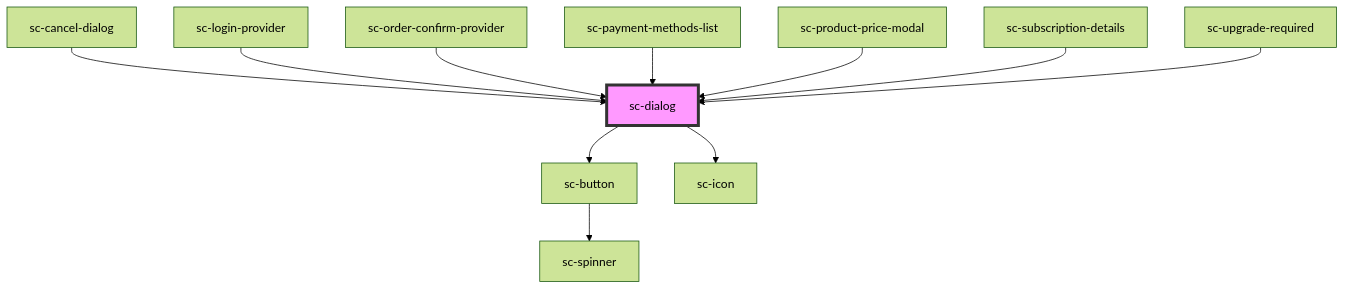
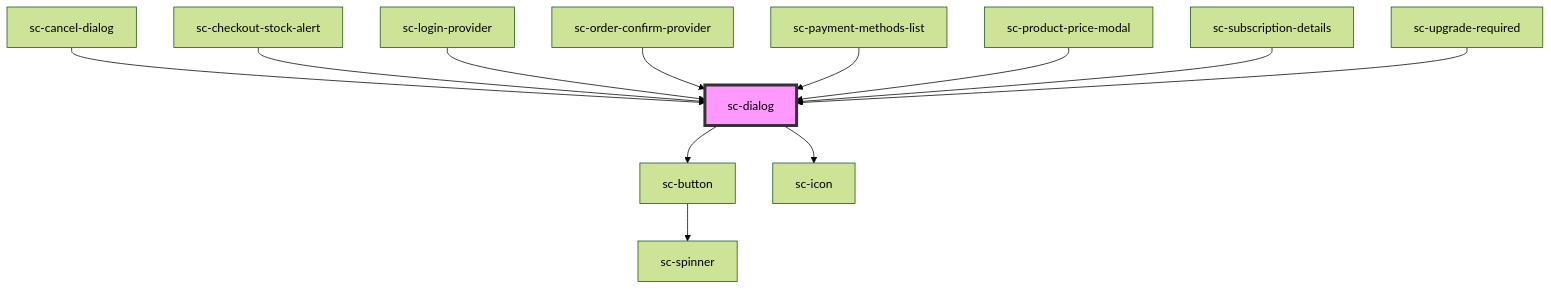
The diagram in packages/components/src/components/ui/sc-dialog/readme.md (surecart/surecart-wp-plugin), drawn with Mermaid (forest theme) before and after one commit. The commit also changed other lines of this file and 34 other files, not shown here.

````diff
--- a/packages/components/src/components/ui/sc-dialog/readme.md
+++ b/packages/components/src/components/ui/sc-dialog/readme.md
@@ -61,14 +62,15 @@
 ```mermaid
 graph TD;
   sc-dialog --> sc-button
   sc-dialog --> sc-icon
   sc-button --> sc-spinner
   sc-cancel-dialog --> sc-dialog
+  sc-checkout-stock-alert --> sc-dialog
   sc-login-provider --> sc-dialog
   sc-order-confirm-provider --> sc-dialog
   sc-payment-methods-list --> sc-dialog
   sc-product-price-modal --> sc-dialog
   sc-subscription-details --> sc-dialog
   sc-upgrade-required --> sc-dialog
   style sc-dialog fill:#f9f,stroke:#333,stroke-width:4px
 ```
````
